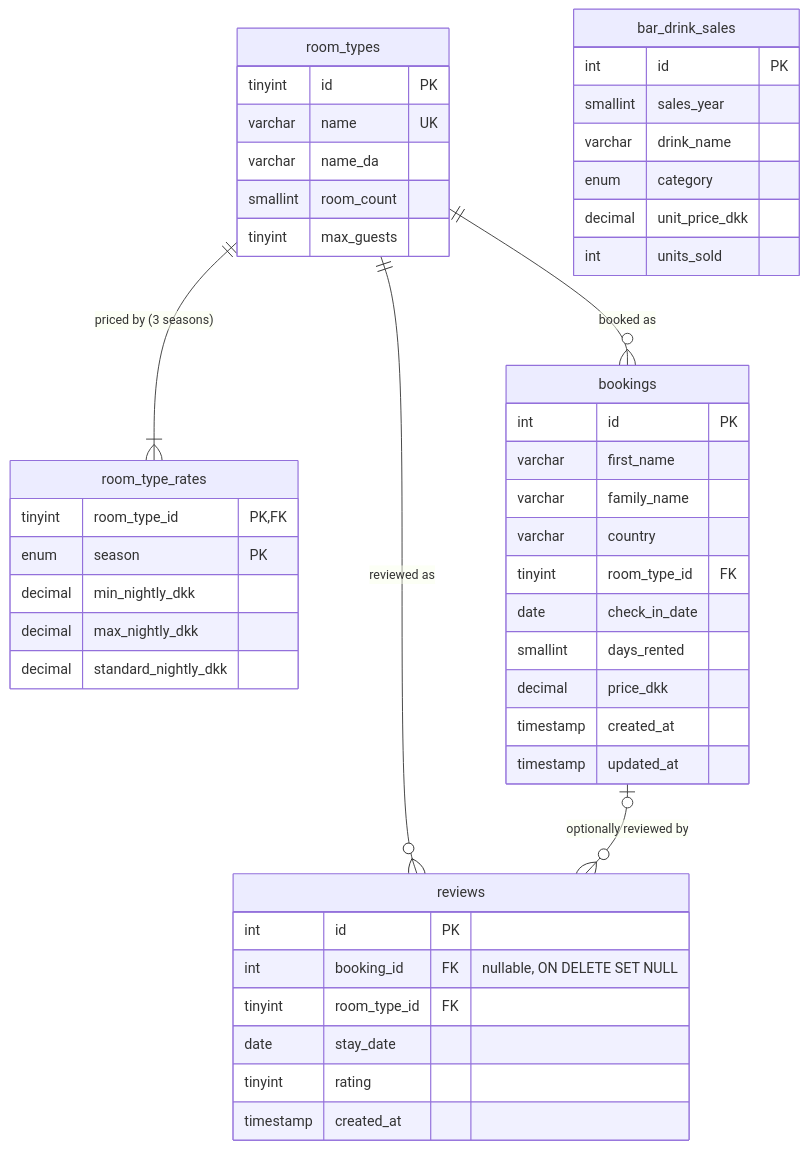
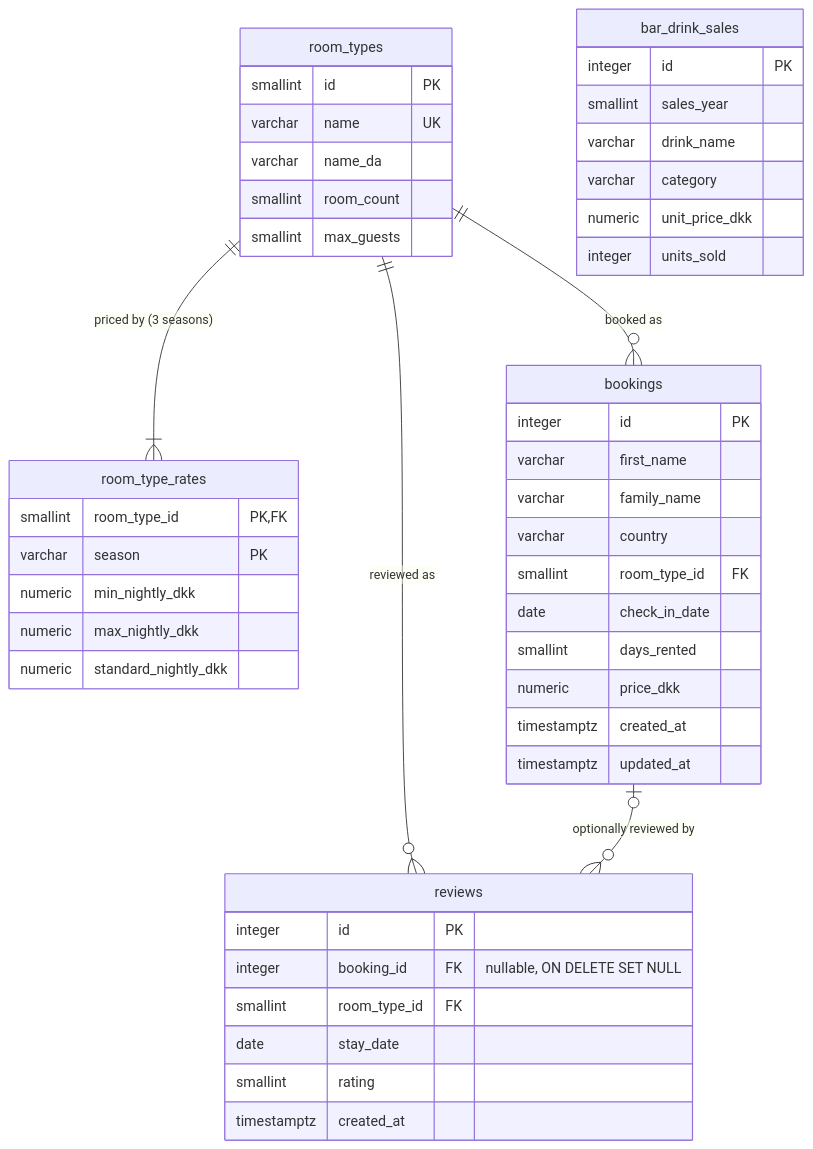
One commit to Hunder222/Hotel-Kong-Arthur changed the diagram in specs/001-hotel-analytics-platform/data-model.md. Above: the diagram before and after it, drawn with Mermaid. The commit also changed other lines of this file and 9 other files, not shown here.

````diff
--- a/specs/001-hotel-analytics-platform/data-model.md
+++ b/specs/001-hotel-analytics-platform/data-model.md
@@ -12,51 +12,51 @@
 ```mermaid
 erDiagram
     room_types ||--|{ room_type_rates : "priced by (3 seasons)"
     room_types ||--o{ bookings : "booked as"
     room_types ||--o{ reviews : "reviewed as"
     bookings |o--o{ reviews : "optionally reviewed by"
     bar_drink_sales
 
     room_types {
-        tinyint id PK
+        smallint id PK
         varchar name UK
         varchar name_da
         smallint room_count
-        tinyint max_guests
+        smallint max_guests
     }
     room_type_rates {
-        tinyint room_type_id PK,FK
-        enum season PK
-        decimal min_nightly_dkk
-        decimal max_nightly_dkk
-        decimal standard_nightly_dkk
+        smallint room_type_id PK,FK
+        varchar season PK
+        numeric min_nightly_dkk
+        numeric max_nightly_dkk
+        numeric standard_nightly_dkk
     }
     bookings {
-        int id PK
+        integer id PK
         varchar first_name
         varchar family_name
         varchar country
-        tinyint room_type_id FK
+        smallint room_type_id FK
         date check_in_date
         smallint days_rented
-        decimal price_dkk
-        timestamp created_at
-        timestamp updated_at
+        numeric price_dkk
+        timestamptz created_at
+        timestamptz updated_at
     }
     reviews {
-        int id PK
-        int booking_id FK "nullable, ON DELETE SET NULL"
-        tinyint room_type_id FK
+        integer id PK
+        integer booking_id FK "nullable, ON DELETE SET NULL"
+        smallint room_type_id FK
         date stay_date
-        tinyint rating
-        timestamp created_at
+        smallint rating
+        timestamptz created_at
     }
     bar_drink_sales {
-        int id PK
+        integer id PK
         smallint sales_year
         varchar drink_name
-        enum category
-        decimal unit_price_dkk
-        int units_sold
+        varchar category
+        numeric unit_price_dkk
+        integer units_sold
     }
 ```
````
